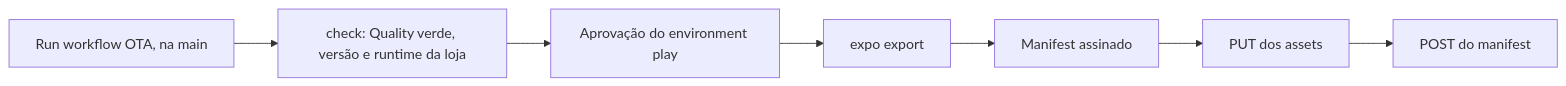
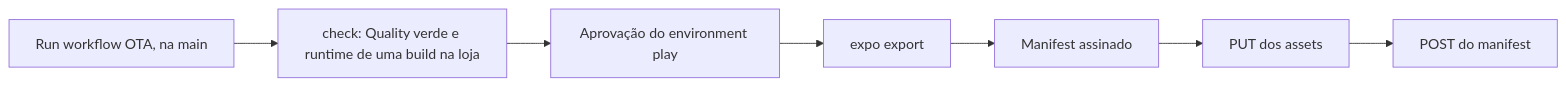
One commit to pitroldev/ao-uerj-mobile-ts changed the diagram in docs/ota.md. Above: the diagram before and after it, drawn with Mermaid. The commit also changed other lines of this file and 7 other files, not shown here.

First line of the commit message:
ci(ota): gate updates on the native runtime only, not on the app version

````diff
--- a/docs/ota.md
+++ b/docs/ota.md
@@ -5,9 +5,9 @@
 ```mermaid
 flowchart LR
-  run["Run workflow OTA, na main"] --> check["check: Quality verde, versão e runtime da loja"]
+  run["Run workflow OTA, na main"] --> check["check: Quality verde e runtime de uma build na loja"]
   check --> approval["Aprovação do environment play"]
   approval --> export["expo export"]
   export --> sign["Manifest assinado"]
   sign --> assets["PUT dos assets"]
   assets --> manifest["POST do manifest"]
 ```
````
